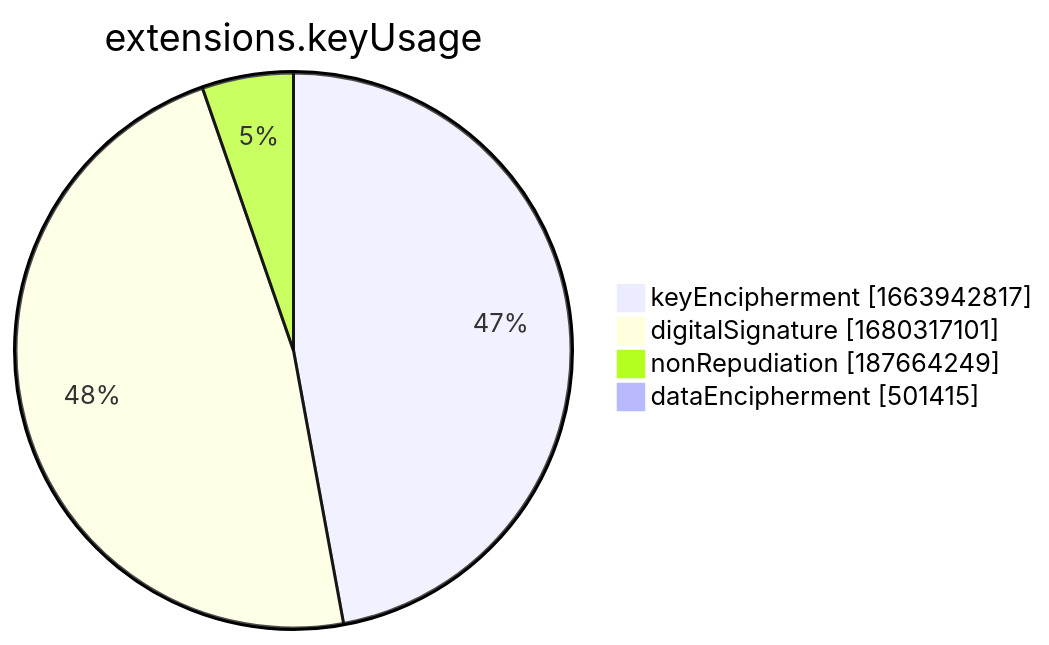
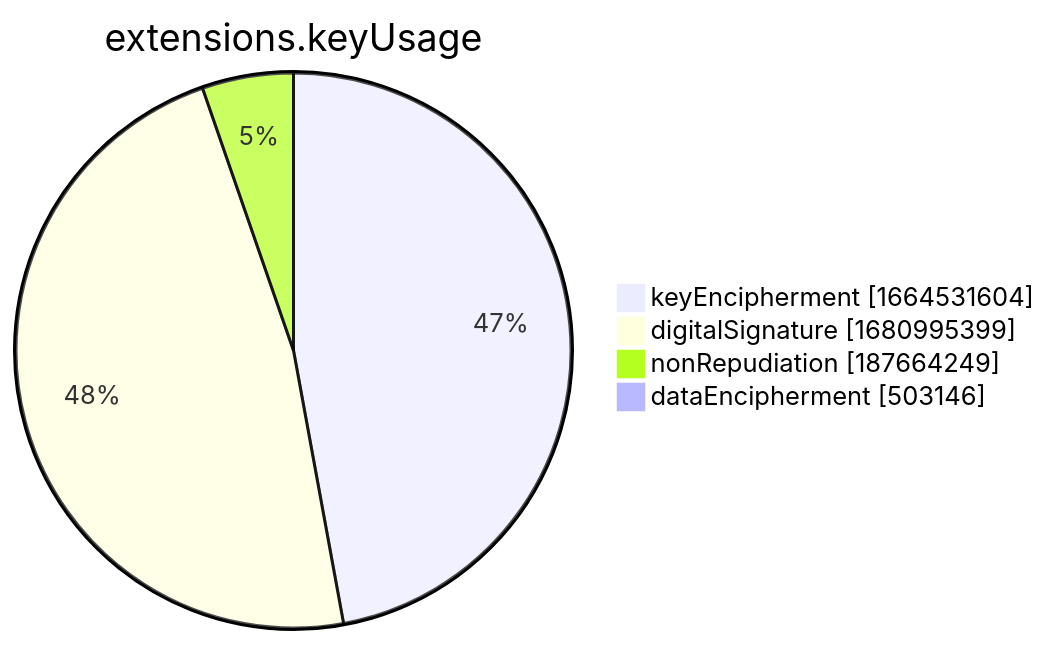
One commit to christiankrug/ctmonitor_visualization changed the seventh of 15 diagrams in xenon2022/README.md. Above: the diagram before and after it, drawn with Mermaid. The commit also changed other lines of this file, not shown here.

````diff
--- a/xenon2022/README.md
+++ b/xenon2022/README.md
@@ -2857,8 +2857,8 @@
 ```mermaid
 pie showData
 title extensions.keyUsage
-"keyEncipherment" :1663942817
-"digitalSignature" :1680317101
+"keyEncipherment" :1664531604
+"digitalSignature" :1680995399
 "nonRepudiation" :187664249
-"dataEncipherment" :501415
+"dataEncipherment" :503146
 ```
````
